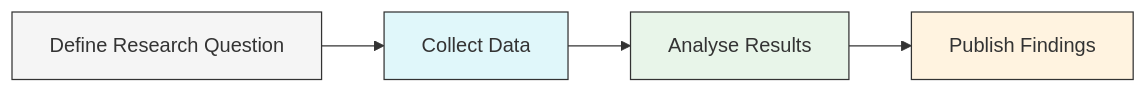
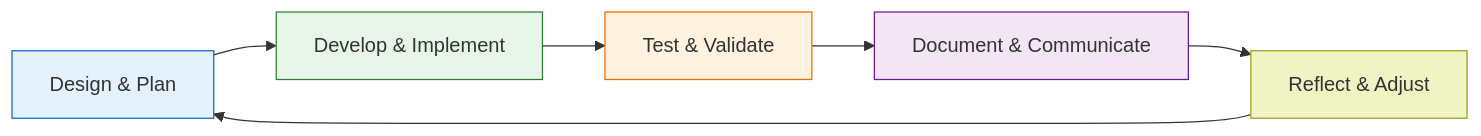
One commit to thomgiles/DSDSP changed the first of 5 diagrams in training_site/essential_digital_skills/episodes/02-digital_delivery.qmd. Above: the diagram before and after it, drawn with Mermaid. The commit also changed other lines of this file and 6 other files, not shown here.

````diff
--- a/training_site/essential_digital_skills/episodes/02-digital_delivery.qmd
+++ b/training_site/essential_digital_skills/episodes/02-digital_delivery.qmd
@@ -57,14 +54,14 @@
 ```{mermaid}
 flowchart LR
-    A[Define Research Question] 
-    B[Collect Data]
-    C[Analyse Results]
-    D[Publish Findings]
+    A[Design & Plan] --> B[Develop & Implement]
+    B --> C[Test & Validate]
+    C --> D[Document & Communicate]
+    D --> E[Reflect & Adjust]
+    E --> A
 
-    A --> B --> C --> D
-    
-    style A fill:#f5f5f5,stroke:#333,stroke-width:1px
-    style B fill:#e0f7fa,stroke:#333,stroke-width:1px
-    style C fill:#e8f5e9,stroke:#333,stroke-width:1px
-    style D fill:#fff3e0,stroke:#333,stroke-width:1px
-``` 
+    style A fill:#E3F2FD,stroke:#1565C0,stroke-width:1px
+    style B fill:#E8F5E9,stroke:#2E7D32,stroke-width:1px
+    style C fill:#FFF3E0,stroke:#EF6C00,stroke-width:1px
+    style D fill:#F3E5F5,stroke:#6A1B9A,stroke-width:1px
+    style E fill:#F0F4C3,stroke:#9E9D24,stroke-width:1px
+```
````
